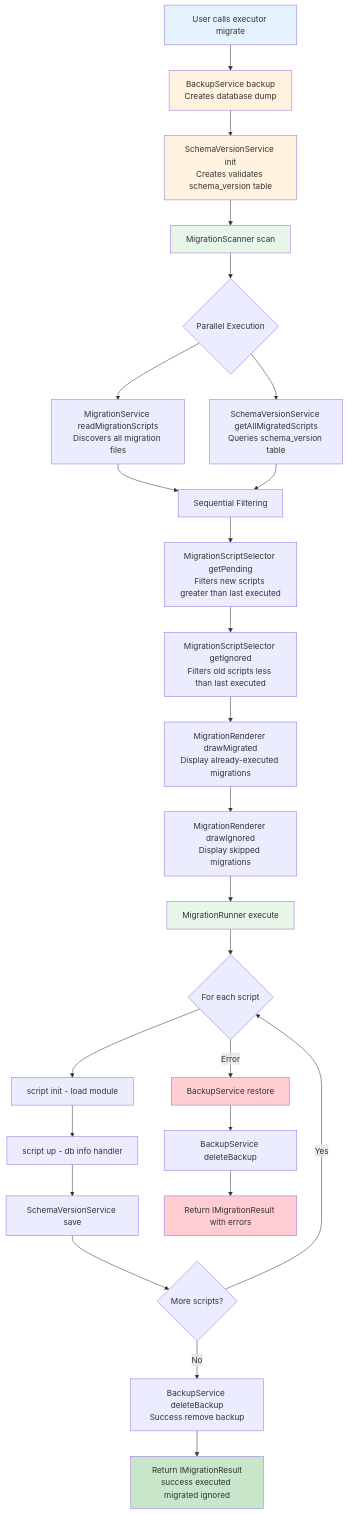
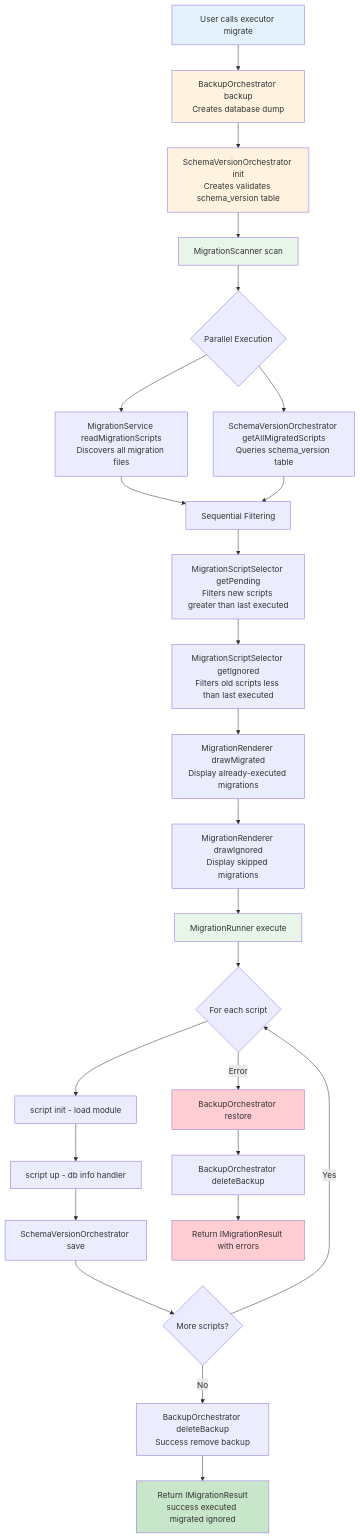
The first of 2 diagrams in docs/development/architecture/data-flow.md (migration-script-runner/msr-core), drawn with Mermaid before and after one commit. The commit also changed other lines of this file and 80 other files, not shown here.

````diff
--- a/docs/development/architecture/data-flow.md
+++ b/docs/development/architecture/data-flow.md
@@ -28,43 +28,43 @@
 ```mermaid
 graph TD
-    Start[User calls executor migrate] --> Backup[BackupService backup<br/>Creates database dump]
-    Backup --> Init[SchemaVersionService init<br/>Creates validates schema_version table]
+    Start[User calls executor migrate] --> Backup[BackupOrchestrator backup<br/>Creates database dump]
+    Backup --> Init[SchemaVersionOrchestrator init<br/>Creates validates schema_version table]
     Init --> Scan[MigrationScanner scan]
 
     Scan --> Parallel{Parallel Execution}
     Parallel --> ReadFiles[MigrationService readMigrationScripts<br/>Discovers all migration files]
-    Parallel --> QueryDB[SchemaVersionService getAllMigratedScripts<br/>Queries schema_version table]
+    Parallel --> QueryDB[SchemaVersionOrchestrator getAllMigratedScripts<br/>Queries schema_version table]
 
     ReadFiles --> Filter[Sequential Filtering]
     QueryDB --> Filter
 
     Filter --> GetPending[MigrationScriptSelector getPending<br/>Filters new scripts greater than last executed]
     GetPending --> GetIgnored[MigrationScriptSelector getIgnored<br/>Filters old scripts less than last executed]
 
     GetIgnored --> RenderMigrated[MigrationRenderer drawMigrated<br/>Display already-executed migrations]
     RenderMigrated --> RenderIgnored[MigrationRenderer drawIgnored<br/>Display skipped migrations]
 
     RenderIgnored --> Execute[MigrationRunner execute]
     Execute --> Loop{For each script}
     Loop --> LoadModule[script init - load module]
     LoadModule --> RunUp[script up - db info handler]
-    RunUp --> SaveSchema[SchemaVersionService save]
+    RunUp --> SaveSchema[SchemaVersionOrchestrator save]
     SaveSchema --> NextScript{More scripts?}
     NextScript -->|Yes| Loop
     NextScript -->|No| DeleteBackup
 
-    DeleteBackup[BackupService deleteBackup<br/>Success remove backup] --> Return[Return IMigrationResult<br/>success executed migrated ignored]
+    DeleteBackup[BackupOrchestrator deleteBackup<br/>Success remove backup] --> Return[Return IMigrationResult<br/>success executed migrated ignored]
 
-    Loop -->|Error| Restore[BackupService restore]
-    Restore --> DeleteBackupError[BackupService deleteBackup]
+    Loop -->|Error| Restore[BackupOrchestrator restore]
+    Restore --> DeleteBackupError[BackupOrchestrator deleteBackup]
     DeleteBackupError --> ReturnError[Return IMigrationResult with errors]
 
     style Start fill:#e3f2fd
     style Backup fill:#fff3e0
     style Init fill:#fff3e0
     style Scan fill:#e8f5e9
     style Execute fill:#e8f5e9
     style Return fill:#c8e6c9
     style Restore fill:#ffcdd2
     style ReturnError fill:#ffcdd2
 ```
````
